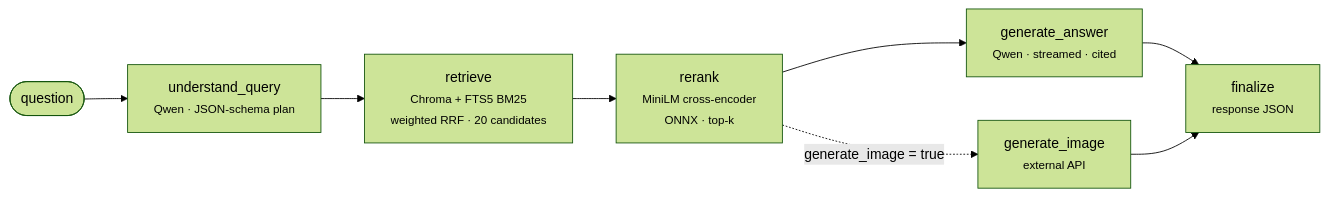
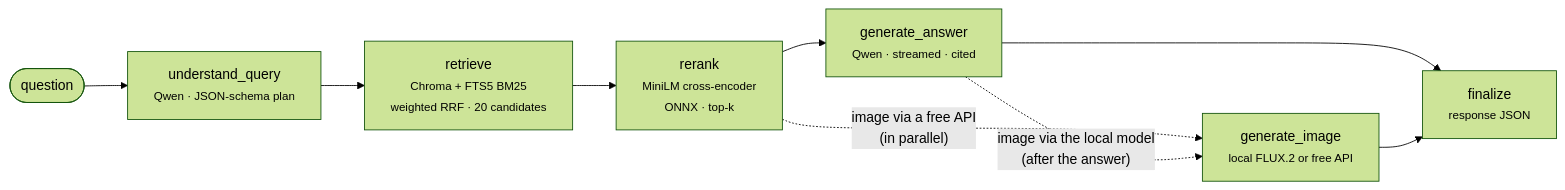
Before and after one commit to MaorNave/arxiv-rag-explorer: the first of 2 diagrams in README.md, drawn with Mermaid (forest theme). The commit also changed other lines of this file and 1 other file, not shown here.

First line of the commit message:
README: document the current project; local FLUX screenshot

````diff
--- a/README.md
+++ b/README.md
@@ -128,10 +132,11 @@
 ```mermaid
 flowchart LR
     Q([question]) --> U["understand_query<br/><small>Qwen · JSON-schema plan</small>"]
     U --> R["retrieve<br/><small>Chroma + FTS5 BM25<br/>weighted RRF · 20 candidates</small>"]
     R --> X["rerank<br/><small>MiniLM cross-encoder<br/>ONNX · top-k</small>"]
     X --> G["generate_answer<br/><small>Qwen · streamed · cited</small>"]
-    X -. "generate_image = true" .-> I["generate_image<br/><small>external API</small>"]
+    X -. "image via a free API<br/>(in parallel)" .-> I["generate_image<br/><small>local FLUX.2 or free API</small>"]
+    G -. "image via the local model<br/>(after the answer)" .-> I
     G --> F["finalize<br/><small>response JSON</small>"]
     I --> F
 ```
````
